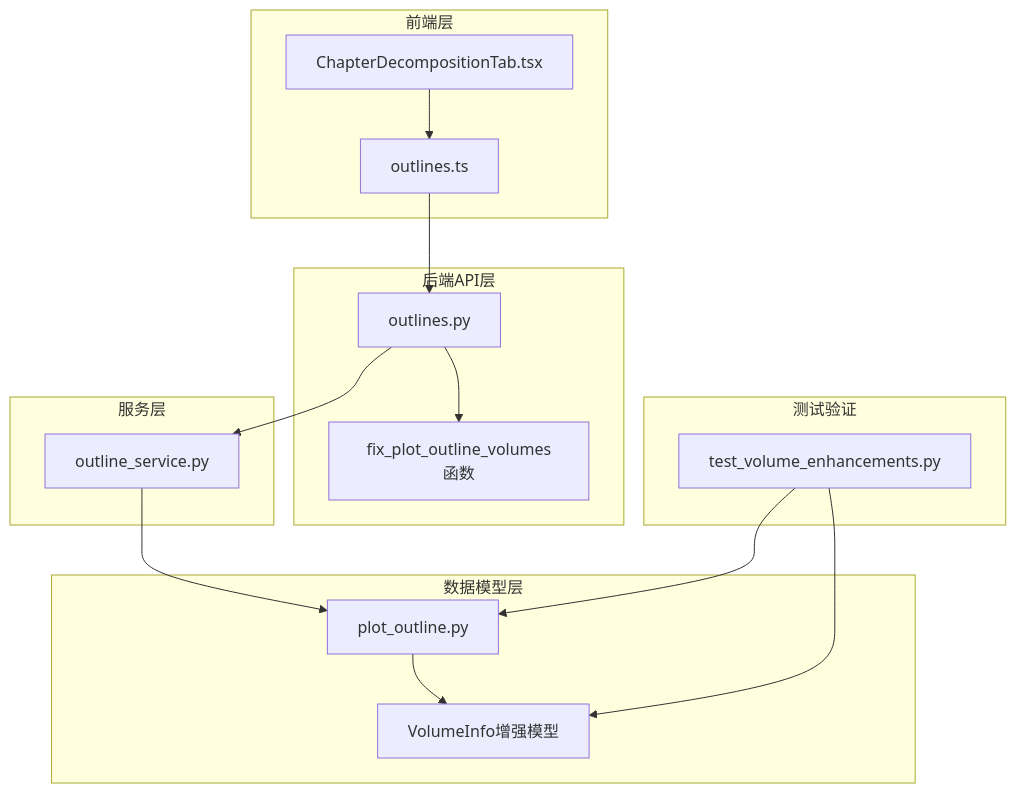
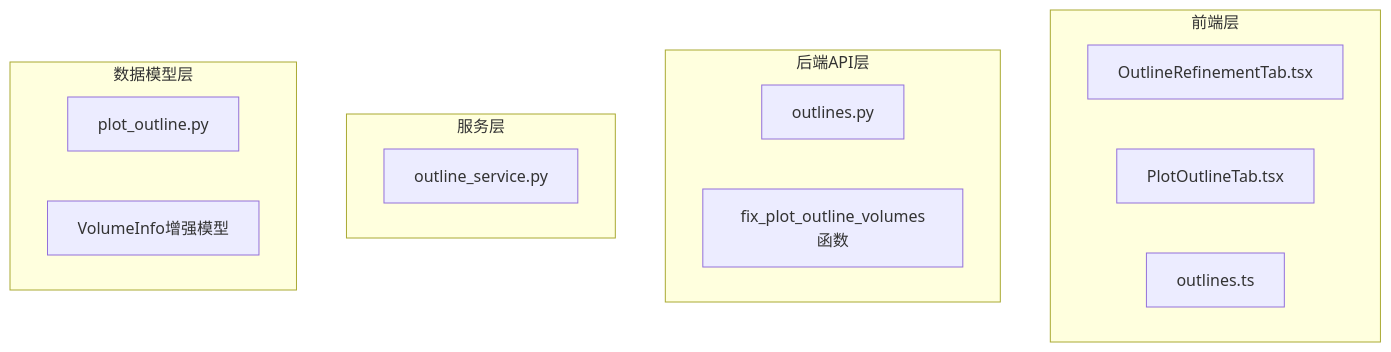
The first of 6 diagrams in .qoder/repowiki/zh/content/Chapter Decomposition Tab.md (xfbyxq/ai-novel-system), drawn with Mermaid before and after one commit. The commit also changed other lines of this file and 28 other files, not shown here.

````diff
--- a/.qoder/repowiki/zh/content/Chapter Decomposition Tab.md
+++ b/.qoder/repowiki/zh/content/Chapter Decomposition Tab.md
@@ -46,29 +45,19 @@
 ```mermaid
 graph TB
 subgraph "前端层"
-A[ChapterDecompositionTab.tsx]
-B[outlines.ts]
+A[OutlineRefinementTab.tsx]
+B[PlotOutlineTab.tsx]
+C[outlines.ts]
 end
 subgraph "后端API层"
-C[outlines.py]
-D[fix_plot_outline_volumes函数]
+D[outlines.py]
+E[fix_plot_outline_volumes函数]
 end
 subgraph "服务层"
-E[outline_service.py]
+F[outline_service.py]
 end
 subgraph "数据模型层"
-F[plot_outline.py]
-G[VolumeInfo增强模型]
+G[plot_outline.py]
+H[VolumeInfo增强模型]
 end
-subgraph "测试验证"
-H[test_volume_enhancements.py]
-end
-A --> B
-B --> C
-C --> D
-C --> E
-E --> F
-F --> G
-H --> F
-H --> G
 ```
````
